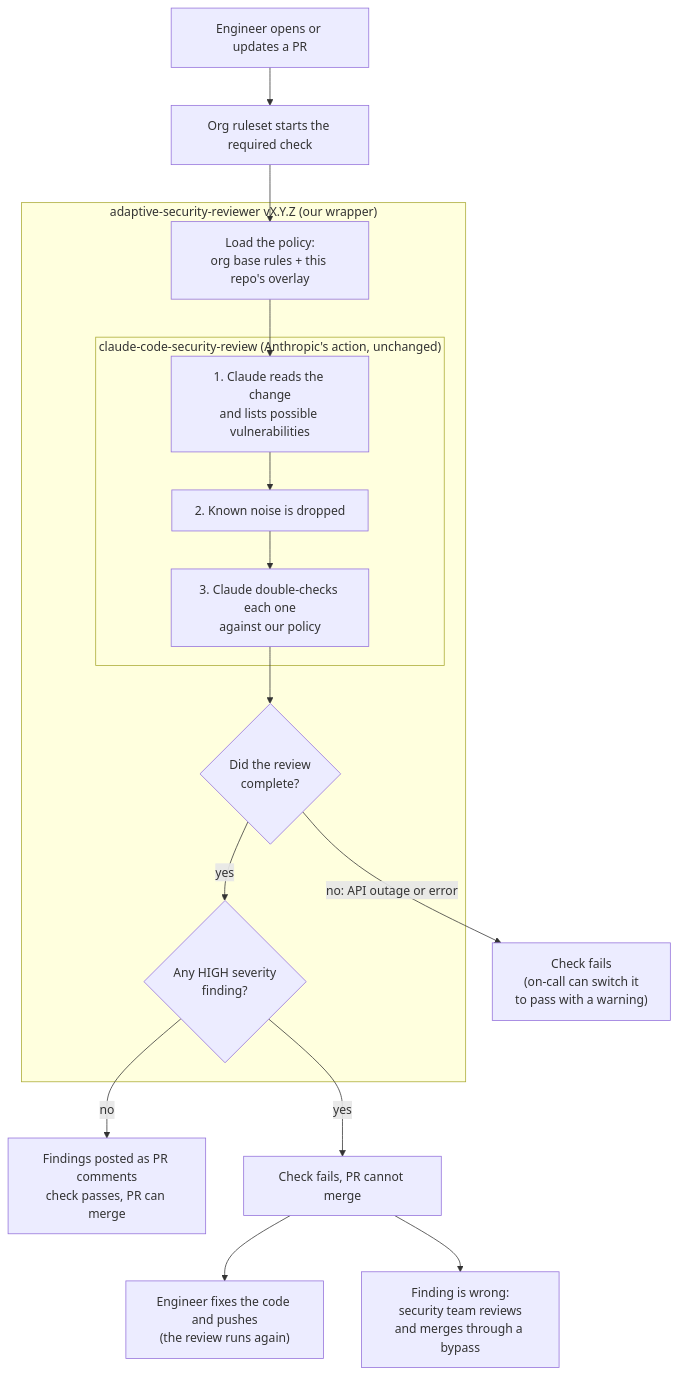
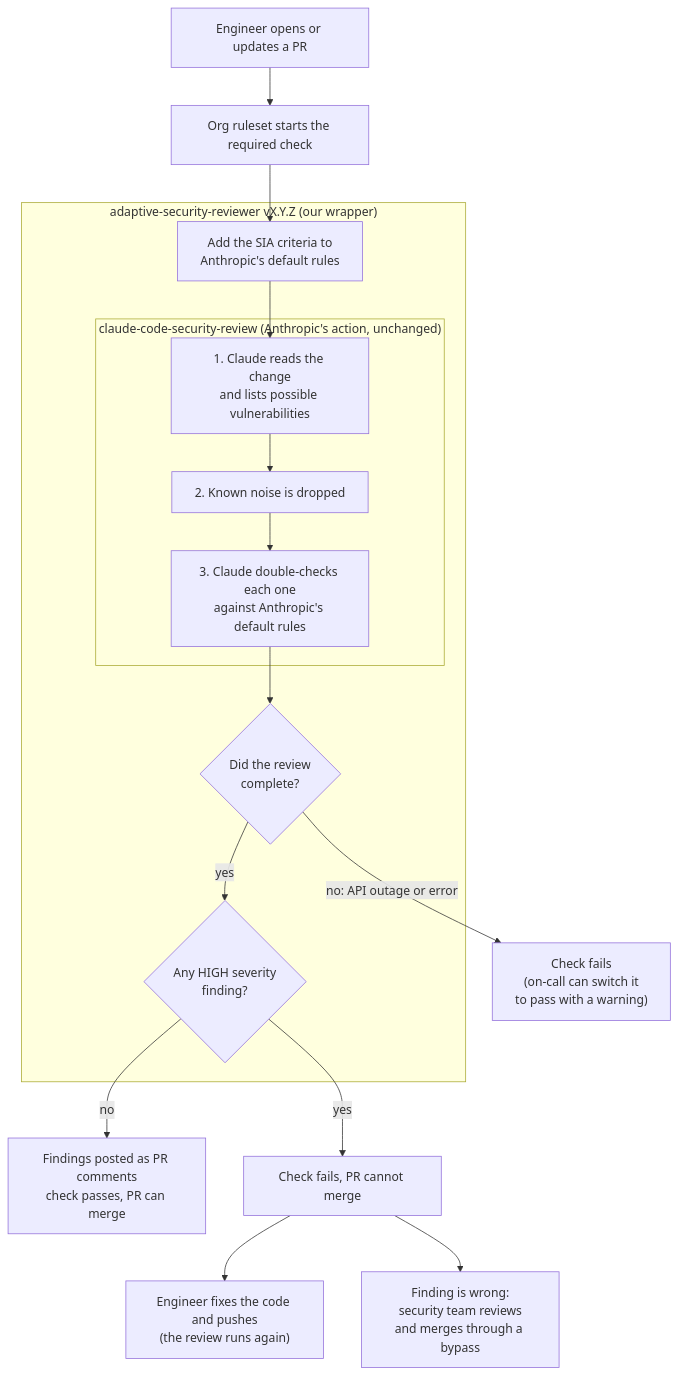
The first of 2 diagrams in docs/README.md (ssc-telec-corp/agentic-reviewer), drawn with Mermaid before and after one commit. The commit also changed other lines of this file and 15 other files, not shown here.

First line of the commit message:
Policy: upstream defaults only for now; drafts switched off; overlays planned in central repo

````diff
--- a/docs/README.md
+++ b/docs/README.md
@@ -7,25 +7,25 @@
 ```mermaid
 flowchart TD
     A["Engineer opens or updates a PR"] --> B["Org ruleset starts the required check"]
     B --> C
 
     subgraph W["adaptive-security-reviewer vX.Y.Z (our wrapper)"]
-        C["Load the policy:<br/>org base rules + this repo's overlay"]
+        C["Add the SIA criteria to<br/>Anthropic's default rules"]
         subgraph U["claude-code-security-review (Anthropic's action, unchanged)"]
             D1["1. Claude reads the change<br/>and lists possible vulnerabilities"]
             D2["2. Known noise is dropped"]
-            D3["3. Claude double-checks each one<br/>against our policy"]
+            D3["3. Claude double-checks each one<br/>against Anthropic's default rules"]
             D1 --> D2 --> D3
         end
         C --> D1
         D3 --> E{"Did the review<br/>complete?"}
         H{"Any HIGH severity<br/>finding?"}
     end
 
     E -- "no: API outage or error" --> G["Check fails<br/>(on-call can switch it<br/>to pass with a warning)"]
     E -- "yes" --> H
     H -- "no" --> F["Findings posted as PR comments<br/>check passes, PR can merge"]
     H -- "yes" --> B2["Check fails, PR cannot merge"]
     B2 --> I["Engineer fixes the code and pushes<br/>(the review runs again)"]
     B2 --> J["Finding is wrong:<br/>security team reviews<br/>and merges through a bypass"]
 ```
````
